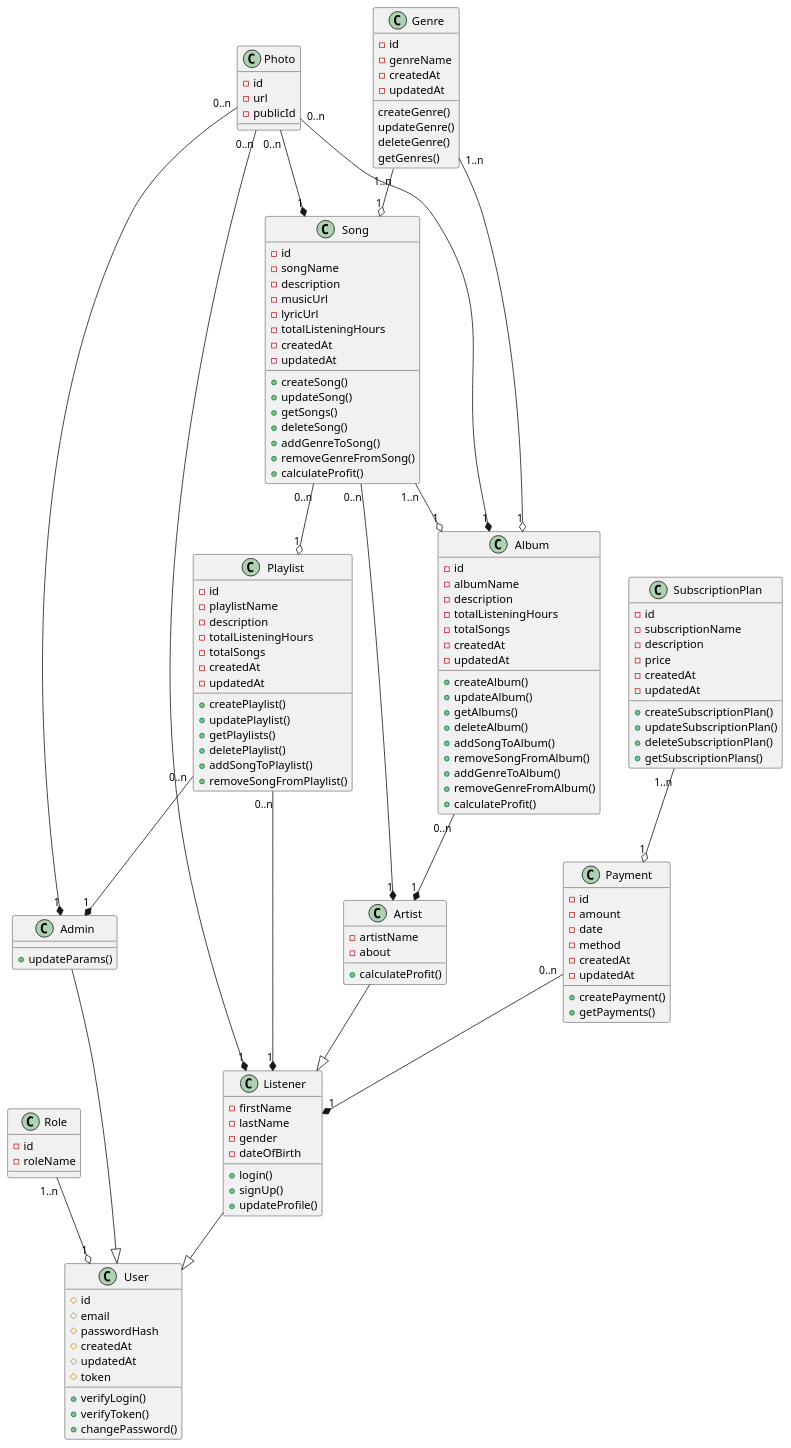
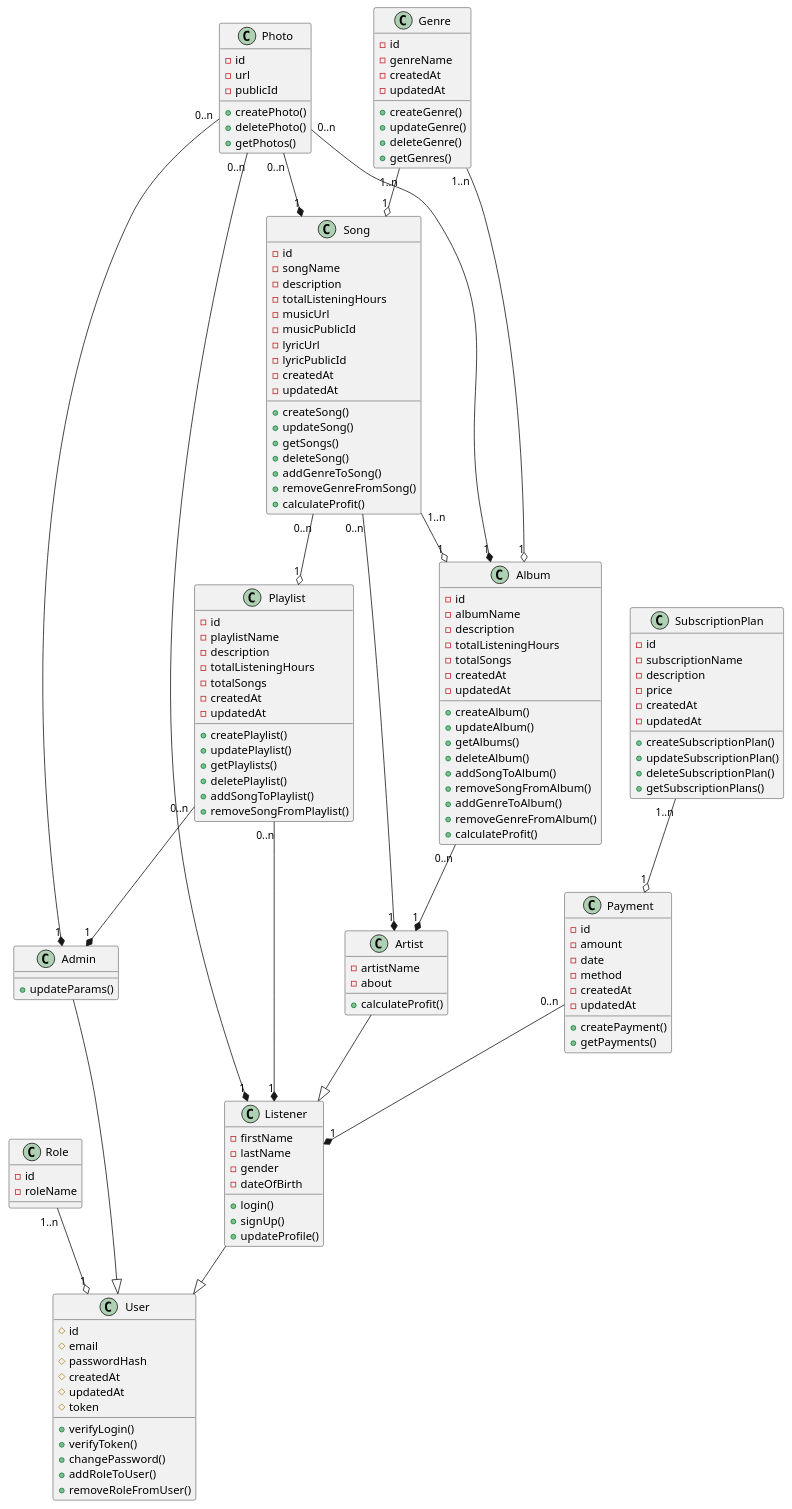
Before and after one commit to MinhNhatQA15101910/se100.vera: the diagram in system_design/class_diagrams/analysis_level/classDiagramAnalysisLevel.puml, drawn with PlantUML. The commit also changed 3 other files, not shown here.

```diff
--- a/system_design/class_diagrams/analysis_level/classDiagramAnalysisLevel.puml
+++ b/system_design/class_diagrams/analysis_level/classDiagramAnalysisLevel.puml
@@ -1,152 +1,159 @@
 @startuml 
 class Role {
     -id
     -roleName
 }
 
 class User {
     #id
     #email
     #passwordHash
     #createdAt
     #updatedAt
     #token
     +verifyLogin()
     +verifyToken()
     +changePassword()
+    +addRoleToUser()
+    +removeRoleFromUser()
 }
 
 class Listener {
     -firstName 
     -lastName 
     -gender 
     -dateOfBirth
     +login()
     +signUp()
     +updateProfile()
 }
 
 class Artist {
     -artistName 
     -about 
     +calculateProfit()
 }
 
 class Admin {
     +updateParams()
 }
 
 class Photo {
     -id 
     -url 
     -publicId
+    +createPhoto()
+    +deletePhoto()
+    +getPhotos()
 }
 
 class Genre {
     -id 
     -genreName 
     -createdAt 
     -updatedAt 
-    createGenre()
-    updateGenre()
-    deleteGenre()
-    getGenres()
+    +createGenre()
+    +updateGenre()
+    +deleteGenre()
+    +getGenres()
 }
 
 class Song {
     -id
     -songName 
     -description
+    -totalListeningHours
     -musicUrl
+    -musicPublicId
     -lyricUrl
-    -totalListeningHours
+    -lyricPublicId
     -createdAt 
     -updatedAt 
     +createSong()
     +updateSong()
     +getSongs()
     +deleteSong()
     +addGenreToSong()
     +removeGenreFromSong()
     +calculateProfit()
 }
 
 class Playlist {
     -id 
     -playlistName 
     -description
     -totalListeningHours
     -totalSongs 
     -createdAt 
     -updatedAt 
     +createPlaylist()
     +updatePlaylist()
     +getPlaylists()
     +deletePlaylist()
     +addSongToPlaylist()
     +removeSongFromPlaylist()
 }
 
 class Album {
     -id 
     -albumName 
     -description
     -totalListeningHours
     -totalSongs 
     -createdAt 
     -updatedAt 
     +createAlbum()
     +updateAlbum()
     +getAlbums()
     +deleteAlbum()
     +addSongToAlbum()
     +removeSongFromAlbum()
     +addGenreToAlbum()
     +removeGenreFromAlbum()
     +calculateProfit()
 }
 
 class SubscriptionPlan {
     -id 
     -subscriptionName
     -description 
     -price
     -createdAt 
     -updatedAt 
     +createSubscriptionPlan()
     +updateSubscriptionPlan()
     +deleteSubscriptionPlan()
     +getSubscriptionPlans()
 }
 
 class Payment {
     -id 
     -amount 
     -date 
     -method 
     -createdAt
     -updatedAt
     +createPayment()
     +getPayments()
 }
 
 Listener --|> User
 Artist --|> Listener 
 Admin --|> User
 Role "1..n" --o "1" User
 Song "0..n" --* "1" Artist
 Song "0..n" --o "1" Playlist
 Song "1..n" --o "1" Album
 Genre "1..n" --o "1" Song
 Genre "1..n" --o "1" Album
 Playlist "0..n" --* "1" Listener
 Playlist "0..n" --* "1" Admin
 Album "0..n" --* "1" Artist
 Photo "0..n" --* "1" Listener
 Photo "0..n" --* "1" Admin
 Photo "0..n" --* "1" Song
 Photo "0..n" --* "1" Album
 Payment "0..n" --* "1" Listener
 SubscriptionPlan "1..n" --o "1" Payment
 
 @enduml
```
